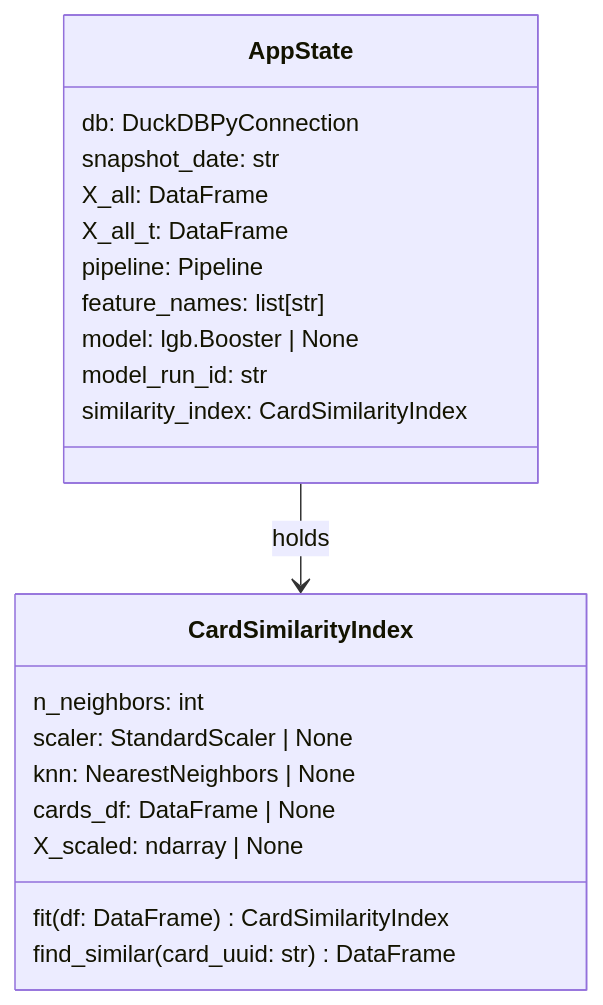
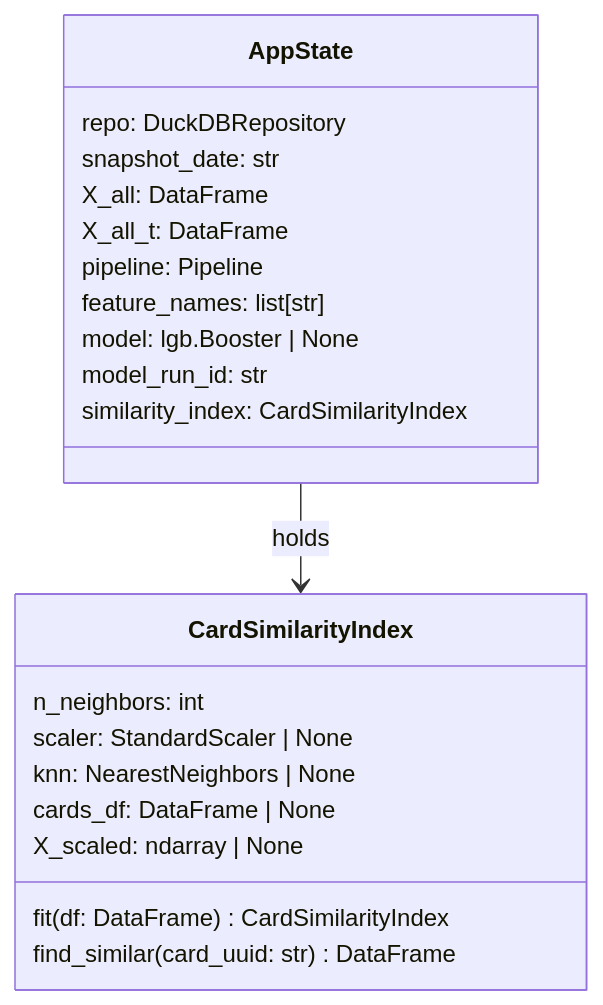
One commit to jedrzejpolaczek/aviarium.columbarius changed the diagram in docs/architecture/c4/api-state.md. Above: the diagram before and after it, drawn with Mermaid. The commit also changed other lines of this file and 213 other files, not shown here.

````diff
--- a/docs/architecture/c4/api-state.md
+++ b/docs/architecture/c4/api-state.md
@@ -5,26 +5,26 @@
 ```mermaid
 classDiagram
   class AppState {
-    db: DuckDBPyConnection
+    repo: DuckDBRepository
     snapshot_date: str
     X_all: DataFrame
     X_all_t: DataFrame
     pipeline: Pipeline
     feature_names: list[str]
     model: lgb.Booster | None
     model_run_id: str
     similarity_index: CardSimilarityIndex
   }
 
   class CardSimilarityIndex {
     n_neighbors: int
     scaler: StandardScaler | None
     knn: NearestNeighbors | None
     cards_df: DataFrame | None
     X_scaled: ndarray | None
     fit(df: DataFrame) CardSimilarityIndex
     find_similar(card_uuid: str) DataFrame
   }
 
   AppState --> CardSimilarityIndex : holds
 ```
````
